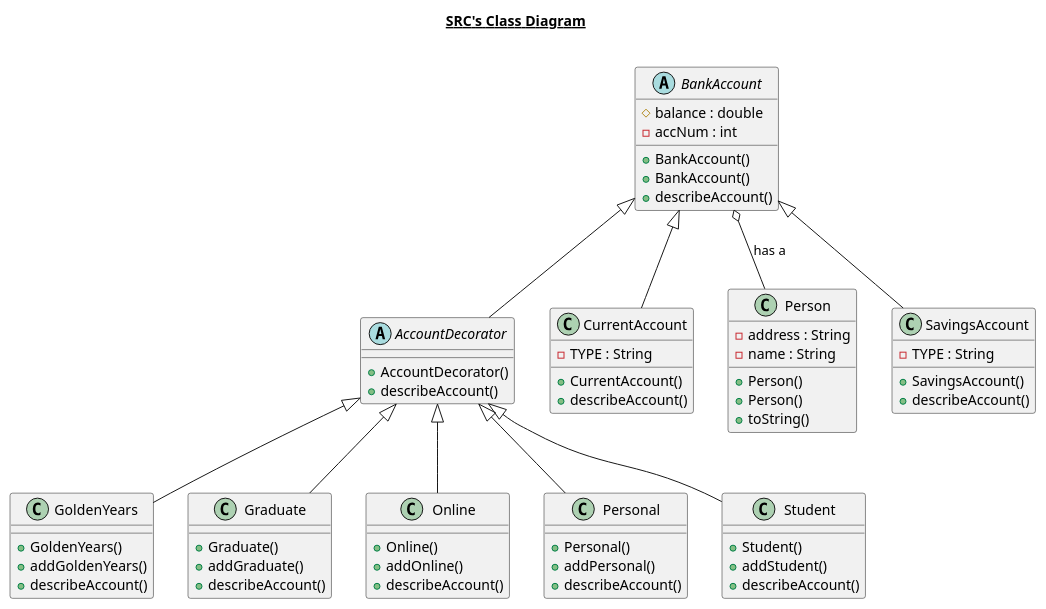
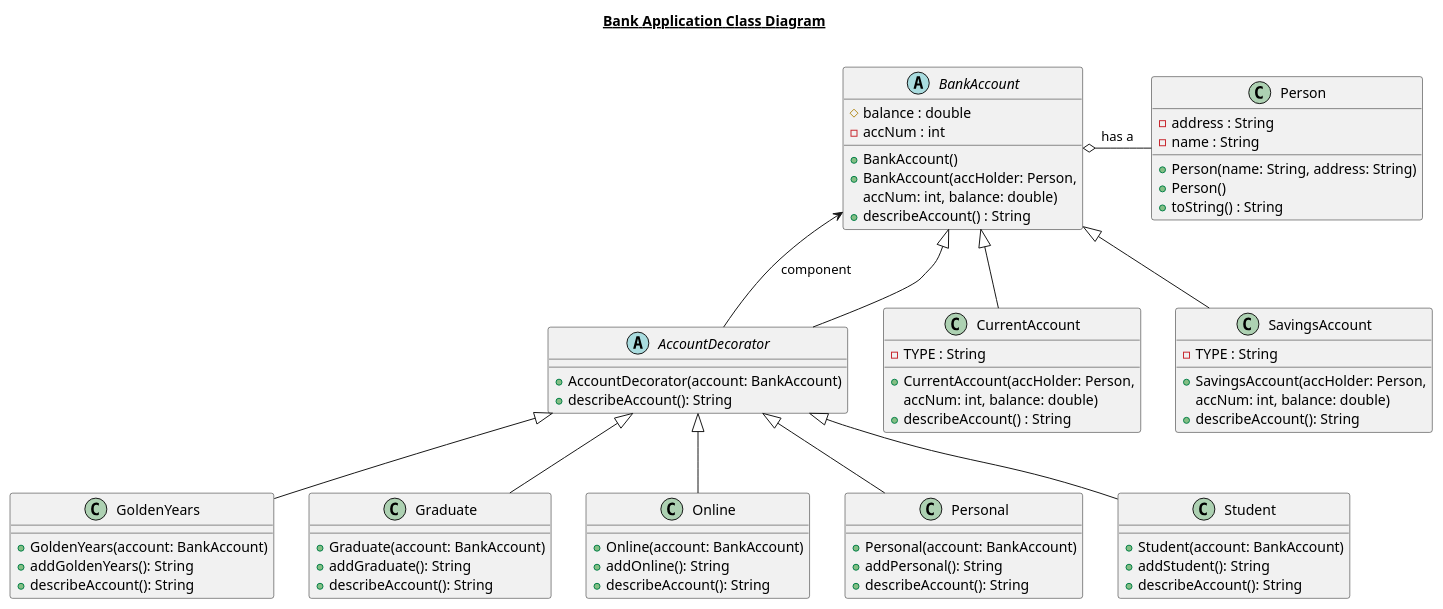
The diagram in PlantUMLDiagrams/AfterDecoratorPattern.puml (GraceOSullivan/SoftwareDesignPatterns), drawn with PlantUML before and after one commit. The commit also changed 11 other files, not shown here.

```diff
--- a/PlantUMLDiagrams/AfterDecoratorPattern.puml
+++ b/PlantUMLDiagrams/AfterDecoratorPattern.puml
@@ -1,78 +1,82 @@
 @startuml
 
-title __SRC's Class Diagram__\n
+title __Bank Application Class Diagram__\n
 
 abstract class AccountDecorator {
-    + AccountDecorator()
-    + describeAccount()
+    + AccountDecorator(account: BankAccount)
+    + describeAccount(): String
 }
 
 abstract class BankAccount {
     # balance : double
     - accNum : int
     + BankAccount()
-    + BankAccount()
-    + describeAccount()
+    + BankAccount(accHolder: Person,
+    accNum: int, balance: double)
+    + describeAccount() : String
  }
 
  class CurrentAccount {
     - TYPE : String
-    + CurrentAccount()
-    + describeAccount()
+    + CurrentAccount(accHolder: Person,
+    accNum: int, balance: double)
+    + describeAccount() : String
  }
 
  class GoldenYears {
-    + GoldenYears()
-    + addGoldenYears()
-    + describeAccount()
+    + GoldenYears(account: BankAccount)
+    + addGoldenYears(): String
+    + describeAccount(): String
  }
 
  class Graduate {
-    + Graduate()
-    + addGraduate()
-    + describeAccount()
+    + Graduate(account: BankAccount)
+    + addGraduate(): String
+    + describeAccount(): String
  }
 
  class Online {
-    + Online()
-    + addOnline()
-    + describeAccount()
+    + Online(account: BankAccount)
+    + addOnline(): String
+    + describeAccount(): String
  }
 
  class Person {
     - address : String
     - name : String
+    + Person(name: String, address: String)
     + Person()
-    + Person()
-    + toString()
-    }
+    + toString() : String
+ }
 
  class Personal {
-    + Personal()
-    + addPersonal()
-    + describeAccount()
+    + Personal(account: BankAccount)
+    + addPersonal(): String
+    + describeAccount(): String
  }
 
  class SavingsAccount {
     - TYPE : String
-    + SavingsAccount()
-    + describeAccount()
+    + SavingsAccount(accHolder: Person,
+    accNum: int, balance: double)
+    + describeAccount(): String
  }
 
  class Student {
-    + Student()
-    + addStudent()
-    + describeAccount()
+    + Student(account: BankAccount)
+    + addStudent(): String
+    + describeAccount(): String
 }
 
-  BankAccount o-- Person : has a
+  BankAccount o-right- Person : has a
+  BankAccount <-- AccountDecorator : component\t\t\t
   AccountDecorator -up-|> BankAccount
   CurrentAccount -up-|> BankAccount
   SavingsAccount -up-|> BankAccount
   GoldenYears -up-|> AccountDecorator
   Graduate -up-|> AccountDecorator
   Online -up-|> AccountDecorator
   Personal -up-|> AccountDecorator
   Student -up-|> AccountDecorator
 
 @enduml
```
